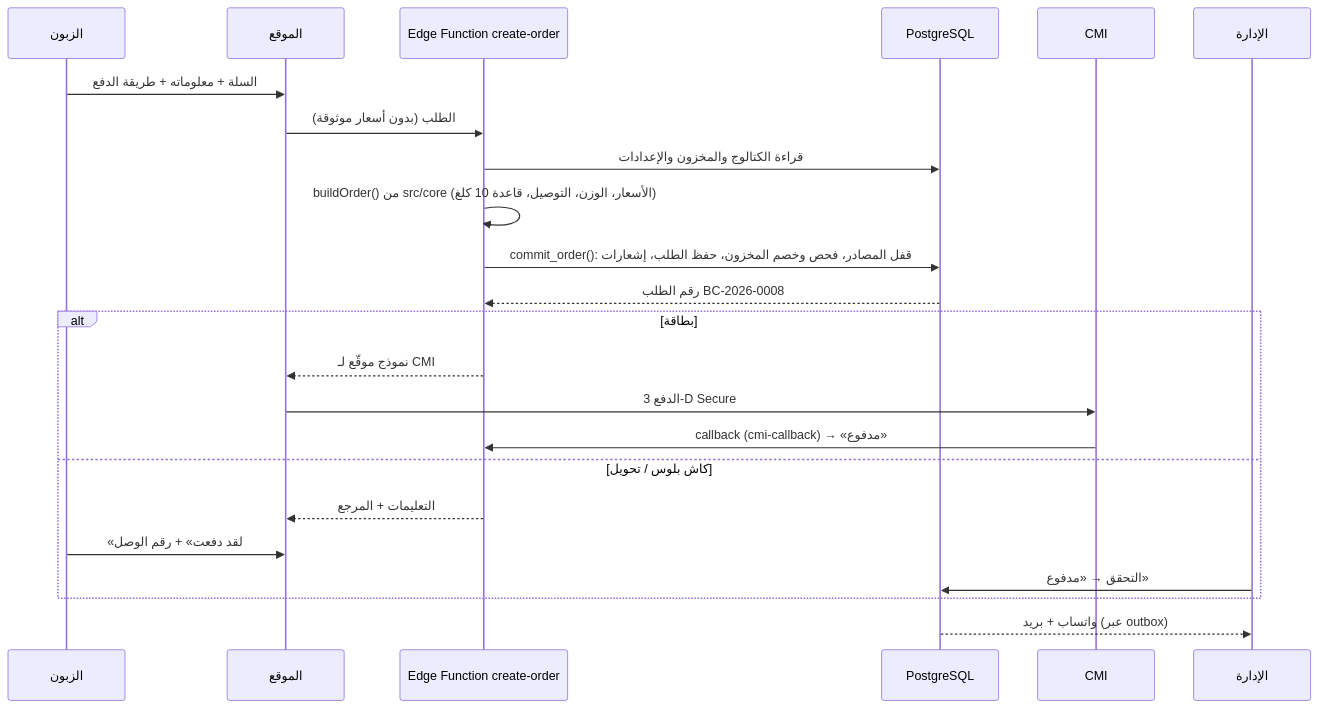
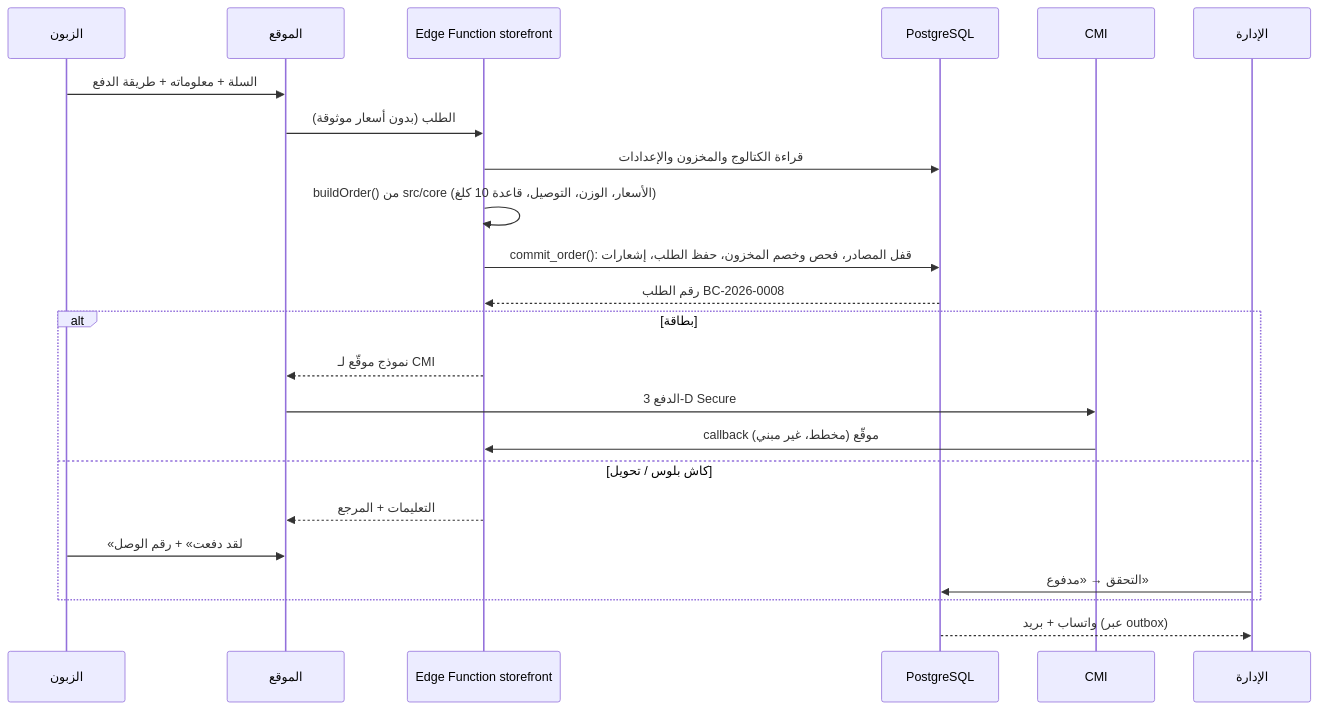
The second of 2 diagrams in docs/03-architecture.md (mohammedboghaleb9-boop/boga-cafe), drawn with Mermaid before and after one commit. The commit also changed other lines of this file and 66 other files, not shown here.

````diff
--- a/docs/03-architecture.md
+++ b/docs/03-architecture.md
@@ -56,26 +56,26 @@
 ```mermaid
 sequenceDiagram
   participant C as الزبون
   participant W as الموقع
-  participant F as Edge Function create-order
+  participant F as Edge Function storefront
   participant D as PostgreSQL
   participant P as CMI
   participant A as الإدارة
 
   C->>W: السلة + معلوماته + طريقة الدفع
   W->>F: الطلب (بدون أسعار موثوقة)
   F->>D: قراءة الكتالوج والمخزون والإعدادات
   F->>F: buildOrder() من src/core (الأسعار، الوزن، التوصيل، قاعدة 10 كلغ)
   F->>D: commit_order(): قفل المصادر، فحص وخصم المخزون، حفظ الطلب، إشعارات
   D-->>F: رقم الطلب BC-2026-0008
   alt بطاقة
     F-->>W: نموذج موقّع لـ CMI
     W->>P: الدفع 3-D Secure
-    P->>F: callback (cmi-callback) → «مدفوع»
+    P->>F: callback موقّع (مخطط، غير مبني)
   else كاش بلوس / تحويل
     F-->>W: التعليمات + المرجع
     C->>W: «لقد دفعت» + رقم الوصل
     A->>D: التحقق → «مدفوع»
   end
   D-->>A: واتساب + بريد (عبر outbox)
 ```
````
